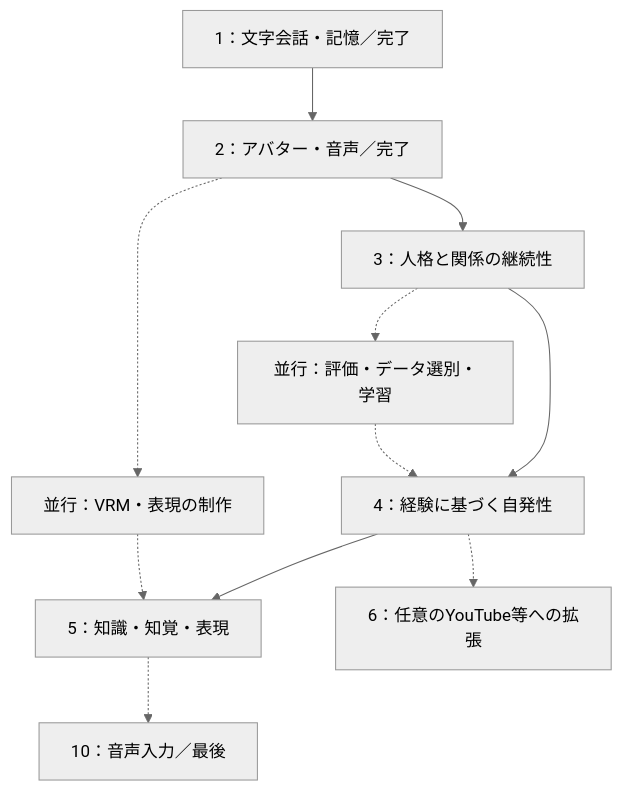
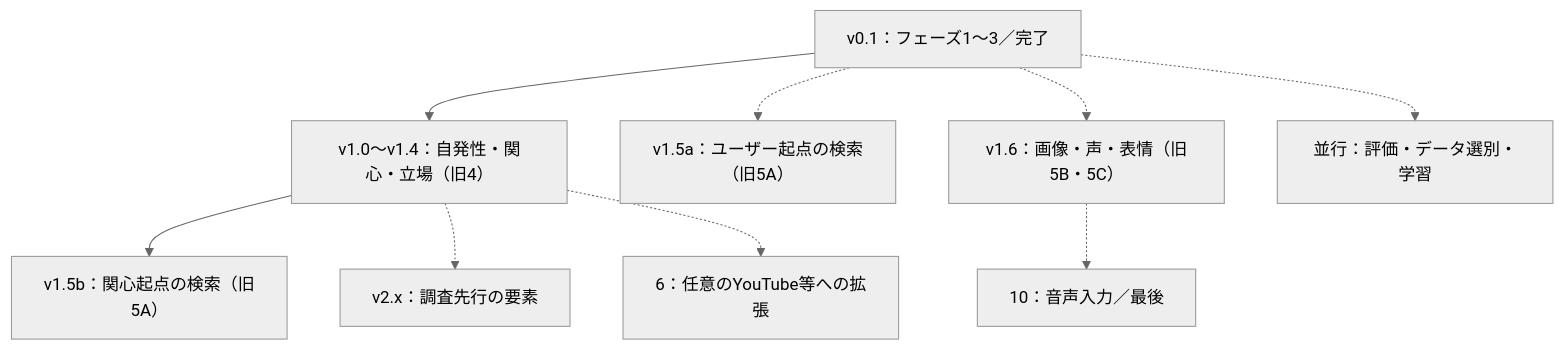
The diagram in docs/design/ai_vtuber_development_phases.md (shiki-tak/YUI), drawn with Mermaid (neutral theme) before and after one commit. The commit also changed other lines of this file and 7 other files, not shown here.

````diff
--- a/docs/design/ai_vtuber_development_phases.md
+++ b/docs/design/ai_vtuber_development_phases.md
@@ -53,13 +54,11 @@
 ```mermaid
 flowchart TD
-    P1["1：文字会話・記憶／完了"] --> P2["2：アバター・音声／完了"]
-    P2 --> P3["3：人格と関係の継続性"]
-    P3 --> P4["4：経験に基づく自発性"]
-    P4 --> P5["5：知識・知覚・表現"]
-    P4 -.-> P6["6：任意のYouTube等への拡張"]
-    P3 -.-> E["並行：評価・データ選別・学習"]
-    E -.-> P4
-    P2 -.-> V["並行：VRM・表現の制作"]
-    V -.-> P5
-    P5 -.-> P10["10：音声入力／最後"]
+    V01["v0.1：フェーズ1〜3／完了"] --> V1["v1.0〜v1.4：自発性・関心・立場（旧4）"]
+    V01 -.-> V15a["v1.5a：ユーザー起点の検索（旧5A）"]
+    V1 --> V15b["v1.5b：関心起点の検索（旧5A）"]
+    V01 -.-> V16["v1.6：画像・声・表情（旧5B・5C）"]
+    V1 -.-> V2["v2.x：調査先行の要素"]
+    V1 -.-> P6["6：任意のYouTube等への拡張"]
+    V01 -.-> E["並行：評価・データ選別・学習"]
+    V16 -.-> P10["10：音声入力／最後"]
 ```
````
